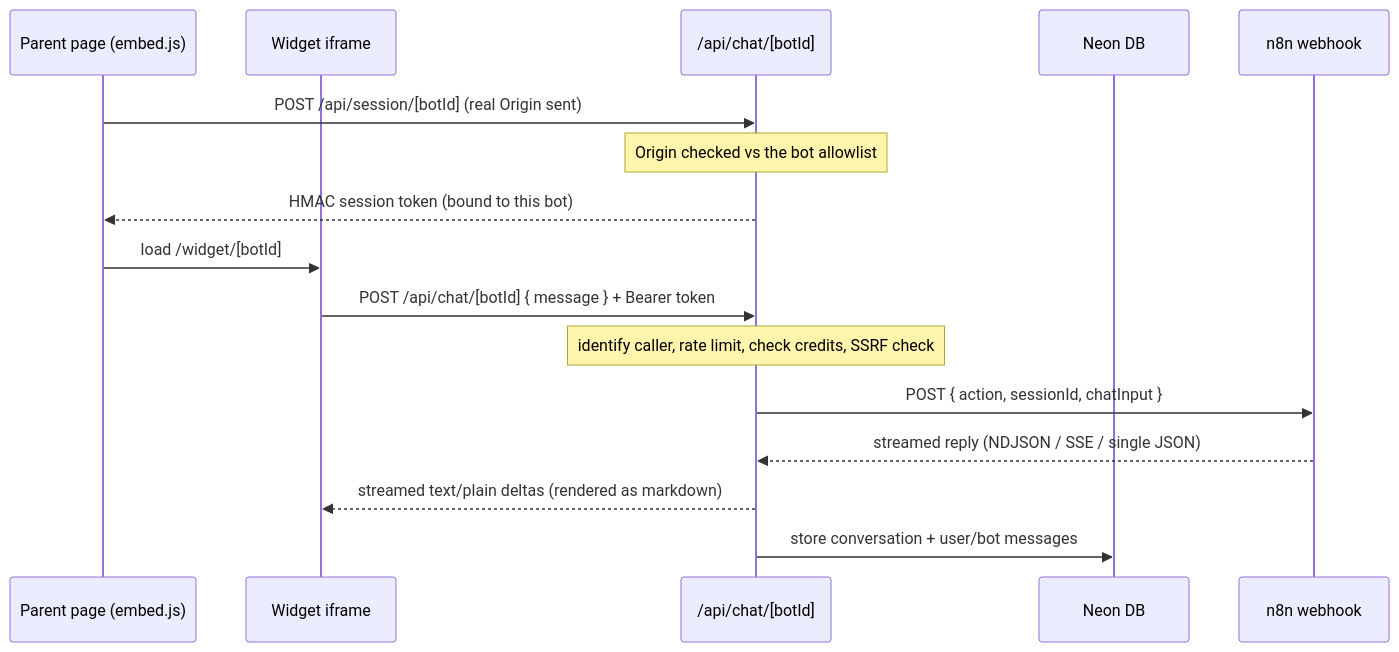
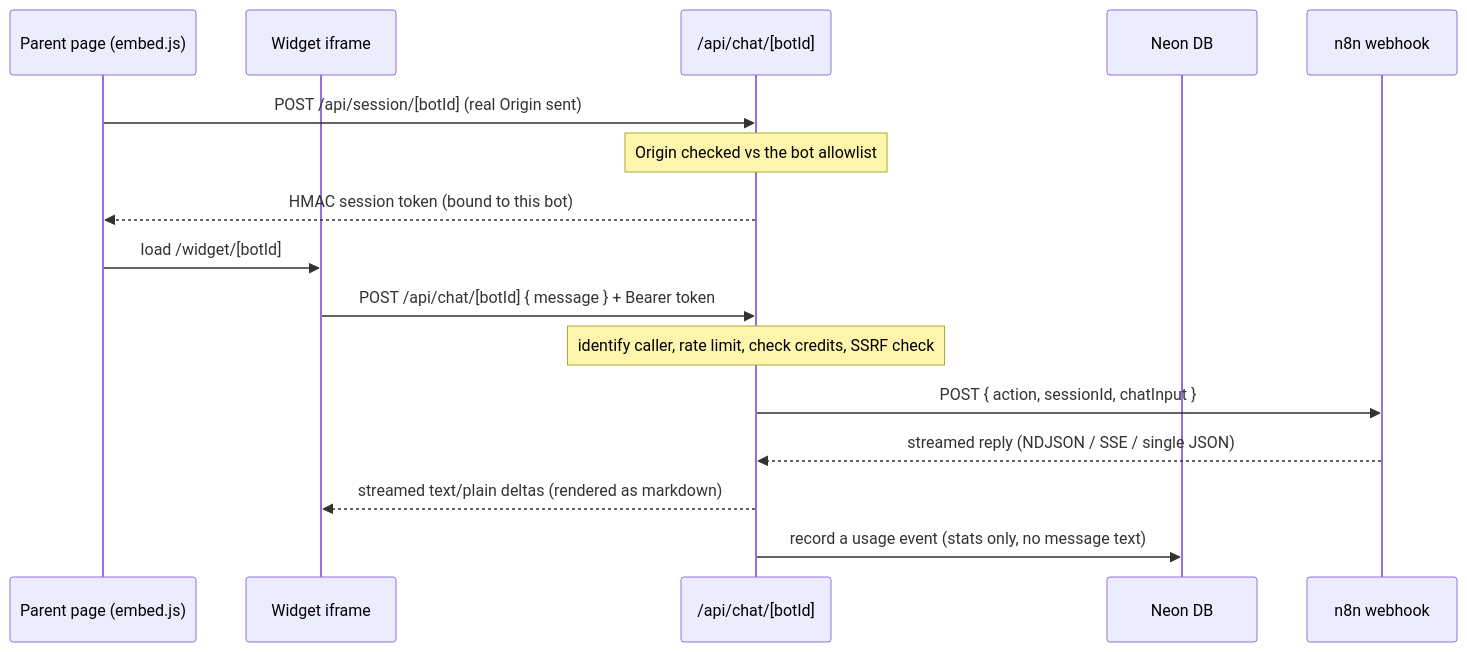
The second of 3 diagrams in ARCHITECTURE.md (louis2688/chatlayer), drawn with Mermaid before and after one commit. The commit also changed other lines of this file and 12 other files, not shown here.

First line of the commit message:
stop persisting chat messages, keep usage stats only

````diff
--- a/ARCHITECTURE.md
+++ b/ARCHITECTURE.md
@@ -65,19 +65,19 @@
 ```mermaid
 sequenceDiagram
   participant P as Parent page (embed.js)
   participant W as Widget iframe
   participant G as /api/chat/[botId]
   participant D as Neon DB
   participant N as n8n webhook
 
   P->>G: POST /api/session/[botId]  (real Origin sent)
   Note over G: Origin checked vs the bot allowlist
   G-->>P: HMAC session token (bound to this bot)
   P->>W: load /widget/[botId]#t=token
   W->>G: POST /api/chat/[botId] { message } + Bearer token
   Note over G: identify caller, rate limit, check credits, SSRF check
   G->>N: POST { action, sessionId, chatInput }
   N-->>G: streamed reply (NDJSON / SSE / single JSON)
   G-->>W: streamed text/plain deltas (rendered as markdown)
-  G->>D: store conversation + user/bot messages
+  G->>D: record a usage event (stats only, no message text)
 ```
````
